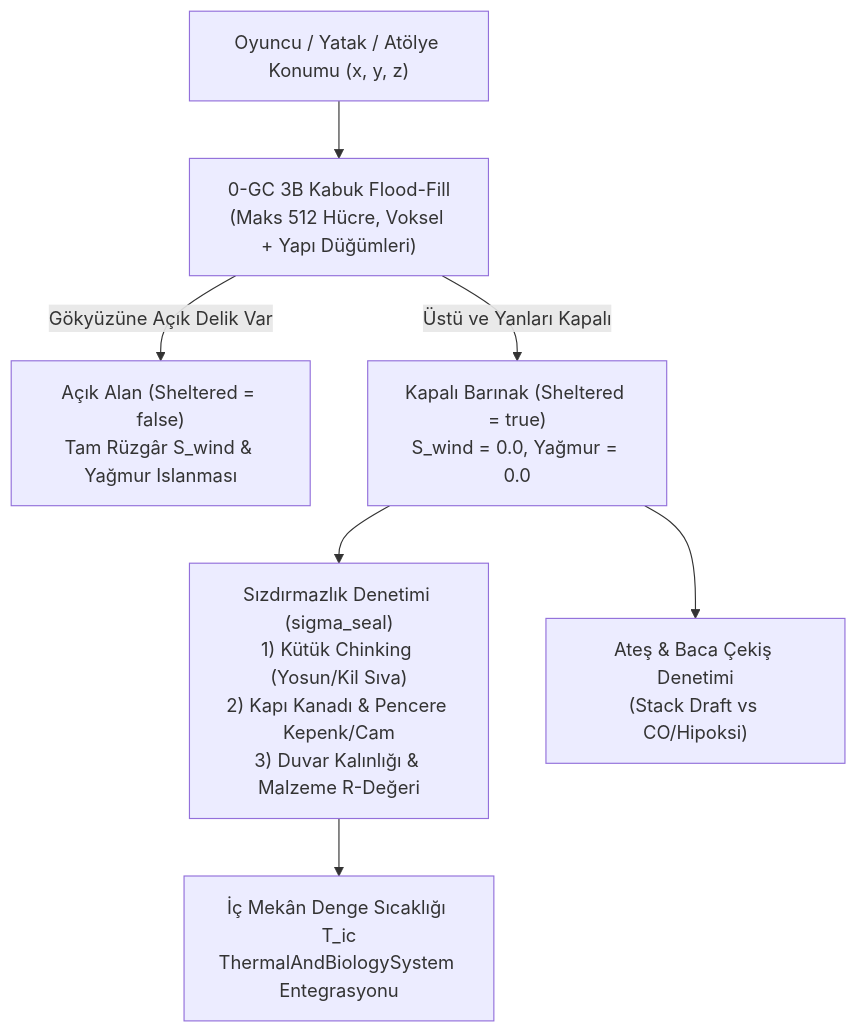
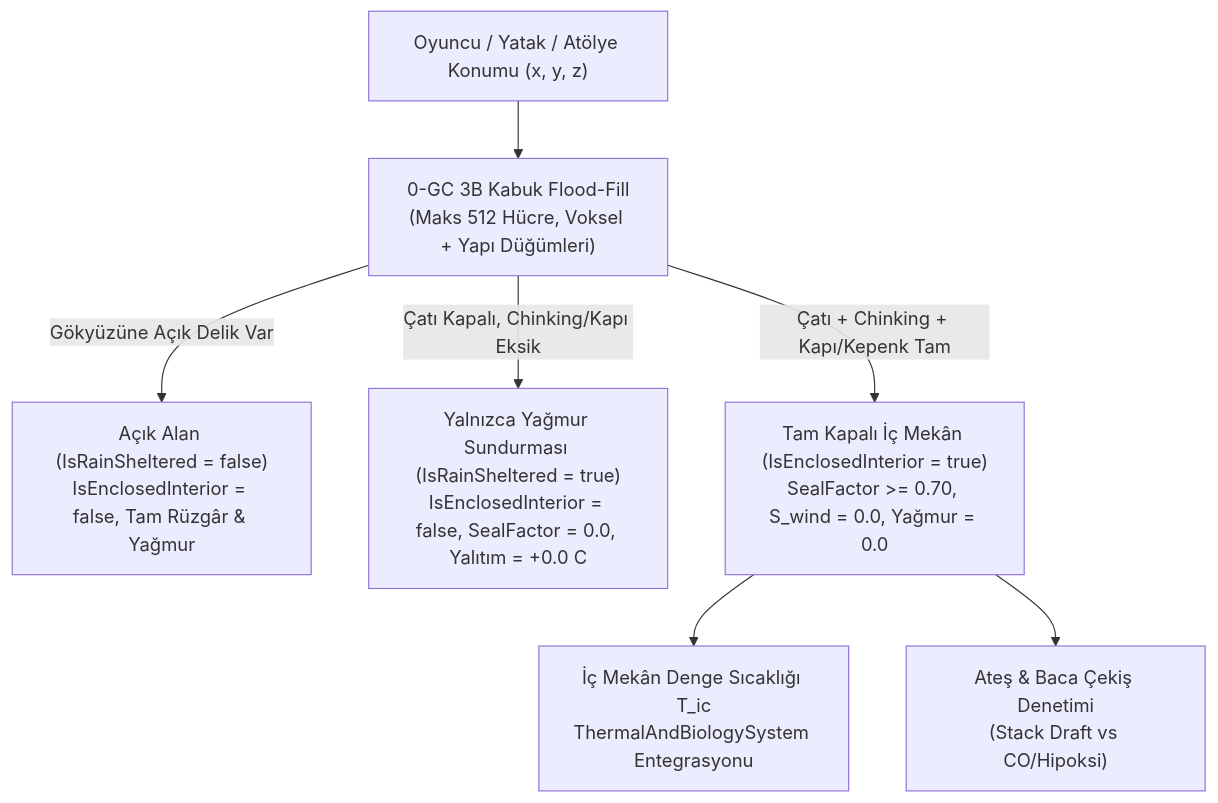
One commit to Muhammed-KRM/VoxelGame changed the fourth of 5 diagrams in docs/gercekci-insaat-ve-mimari-sistemi/DOK4_YAPISAL_FIZIK_STATIK_VE_PERFORMANS.md. Above: the diagram before and after it, drawn with Mermaid. The commit also changed other lines of this file and 6 other files, not shown here.

````diff
--- a/docs/gercekci-insaat-ve-mimari-sistemi/DOK4_YAPISAL_FIZIK_STATIK_VE_PERFORMANS.md
+++ b/docs/gercekci-insaat-ve-mimari-sistemi/DOK4_YAPISAL_FIZIK_STATIK_VE_PERFORMANS.md
@@ -524,9 +533,9 @@
 ```mermaid
 flowchart TD
     P["Oyuncu / Yatak / Atölye Konumu (x, y, z)"] --> BFS["0-GC 3B Kabuk Flood-Fill\n(Maks 512 Hücre, Voksel + Yapı Düğümleri)"]
-    BFS -->|"Gökyüzüne Açık Delik Var"| OUT["Açık Alan (Sheltered = false)\nTam Rüzgâr S_wind & Yağmur Islanması"]
-    BFS -->|"Üstü ve Yanları Kapalı"| IN["Kapalı Barınak (Sheltered = true)\nS_wind = 0.0, Yağmur = 0.0"]
-    IN --> SEAL["Sızdırmazlık Denetimi (sigma_seal)\n1) Kütük Chinking (Yosun/Kil Sıva)\n2) Kapı Kanadı & Pencere Kepenk/Cam\n3) Duvar Kalınlığı & Malzeme R-Değeri"]
-    SEAL --> TEMP["İç Mekân Denge Sıcaklığı T_ic\nThermalAndBiologySystem Entegrasyonu"]
+    BFS -->|"Gökyüzüne Açık Delik Var"| OUT["Açık Alan (IsRainSheltered = false)\nIsEnclosedInterior = false, Tam Rüzgâr & Yağmur"]
+    BFS -->|"Çatı Kapalı, Chinking/Kapı Eksik"| RAIN["Yalnızca Yağmur Sundurması (IsRainSheltered = true)\nIsEnclosedInterior = false, SealFactor = 0.0, Yalıtım = +0.0 C"]
+    BFS -->|"Çatı + Chinking + Kapı/Kepenk Tam"| IN["Tam Kapalı İç Mekân (IsEnclosedInterior = true)\nSealFactor >= 0.70, S_wind = 0.0, Yağmur = 0.0"]
+    IN --> TEMP["İç Mekân Denge Sıcaklığı T_ic\nThermalAndBiologySystem Entegrasyonu"]
     IN --> CHIM["Ateş & Baca Çekiş Denetimi\n(Stack Draft vs CO/Hipoksi)"]
 ```
````
